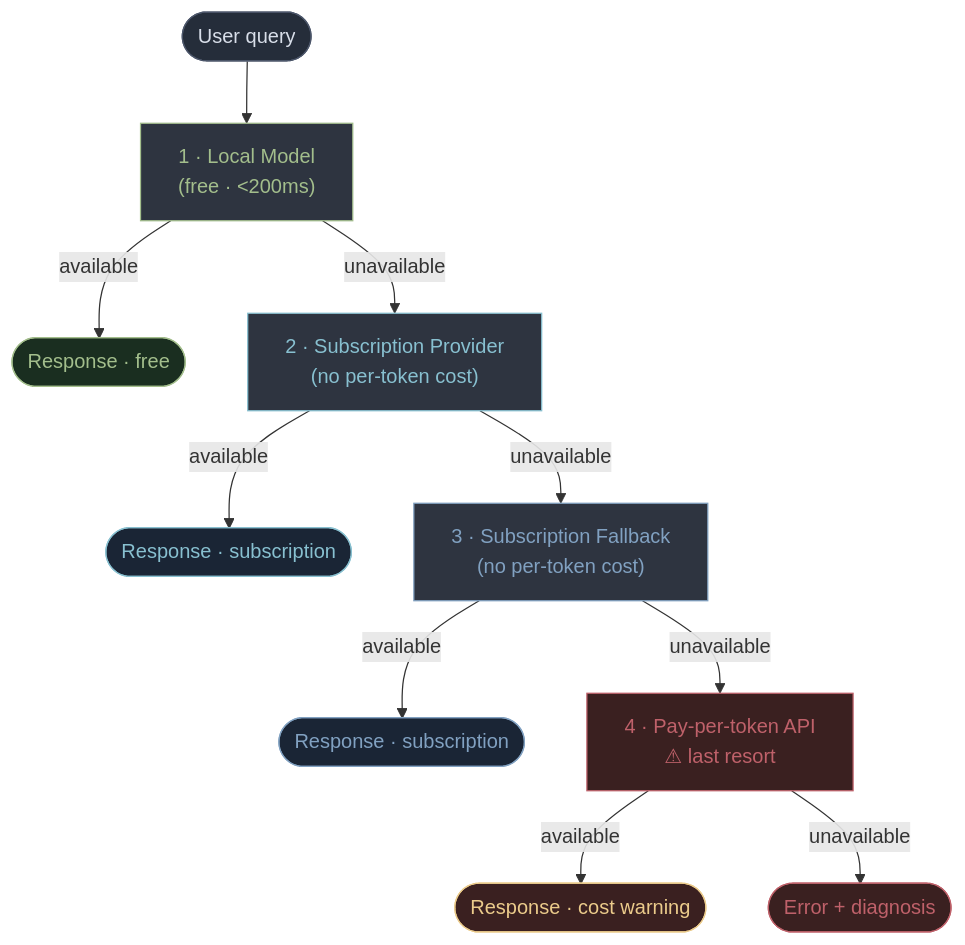
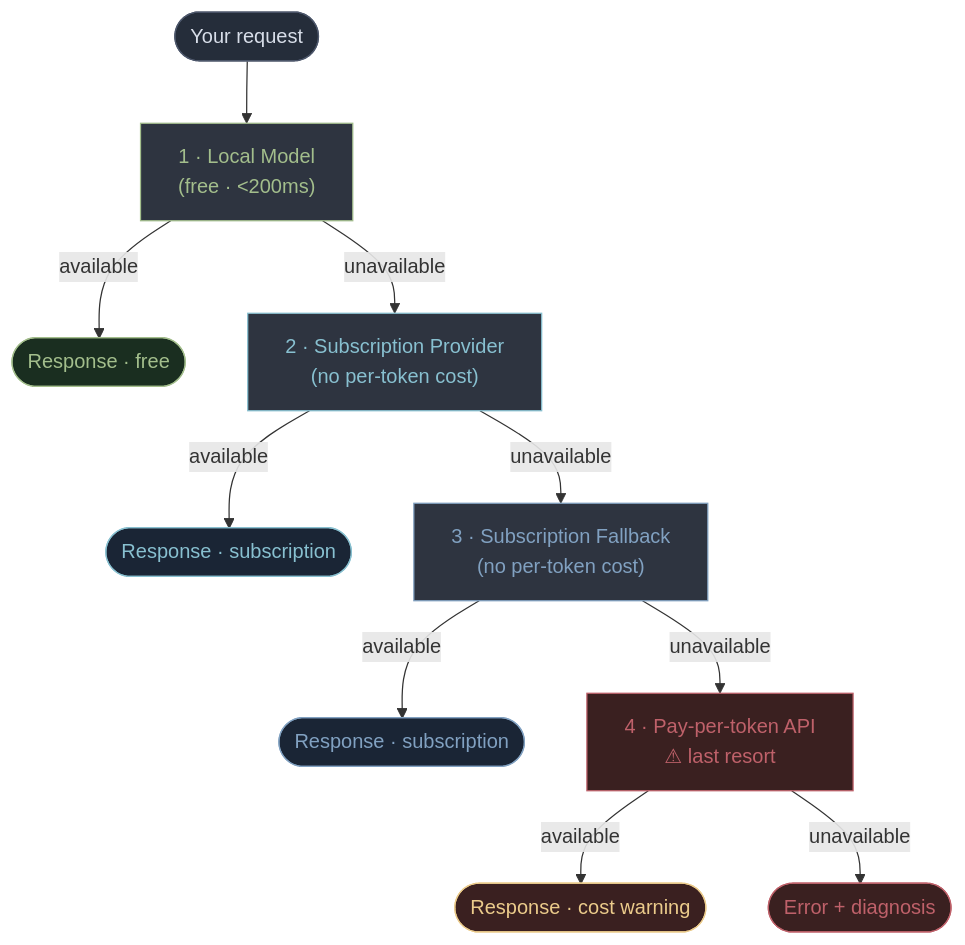
The second of 2 diagrams in docs/index.md (convergent-systems-co/olympus), drawn with Mermaid before and after one commit. The commit also changed other lines of this file and 8 other files, not shown here.

```diff
--- a/docs/index.md
+++ b/docs/index.md
@@ -232,31 +262,31 @@
 <div class="mermaid">
 flowchart TD
-    Q([User query]) --> O
+    Q([Your request]) --> O
 
-    O["1 · Local Model\n(free · &lt;200ms)"]
-    O -->|available| OR([Response  ·  free])
+    O["1 &middot; Local Model\n(free &middot; &lt;200ms)"]
+    O -->|available| OR([Response  &middot;  free])
     O -->|unavailable| CP
 
-    CP["2 · Subscription Provider\n(no per-token cost)"]
-    CP -->|available| CPR([Response  ·  subscription])
+    CP["2 &middot; Subscription Provider\n(no per-token cost)"]
+    CP -->|available| CPR([Response  &middot;  subscription])
     CP -->|unavailable| GH
 
-    GH["3 · Subscription Fallback\n(no per-token cost)"]
-    GH -->|available| GHR([Response  ·  subscription])
+    GH["3 &middot; Subscription Fallback\n(no per-token cost)"]
+    GH -->|available| GHR([Response  &middot;  subscription])
     GH -->|unavailable| CA
 
-    CA["4 · Pay-per-token API\n⚠ last resort"]
-    CA -->|available| CAR([Response  ·  cost warning])
+    CA["4 &middot; Pay-per-token API\n⚠ last resort"]
+    CA -->|available| CAR([Response  &middot;  cost warning])
     CA -->|unavailable| ERR([Error + diagnosis])
 
     style O   fill:#2E3440,color:#A3BE8C,stroke:#A3BE8C
     style OR  fill:#1a2e20,color:#A3BE8C,stroke:#A3BE8C
     style CP  fill:#2E3440,color:#88C0D0,stroke:#88C0D0
     style CPR fill:#1a2535,color:#88C0D0,stroke:#88C0D0
     style GH  fill:#2E3440,color:#81A1C1,stroke:#81A1C1
     style GHR fill:#1a2535,color:#81A1C1,stroke:#81A1C1
     style CA  fill:#3a2020,color:#BF616A,stroke:#BF616A
     style CAR fill:#3a2020,color:#EBCB8B,stroke:#EBCB8B
     style ERR fill:#3a2020,color:#BF616A,stroke:#BF616A
     style Q   fill:#252d3a,color:#D8DEE9,stroke:#4C566A
 </div>
```
